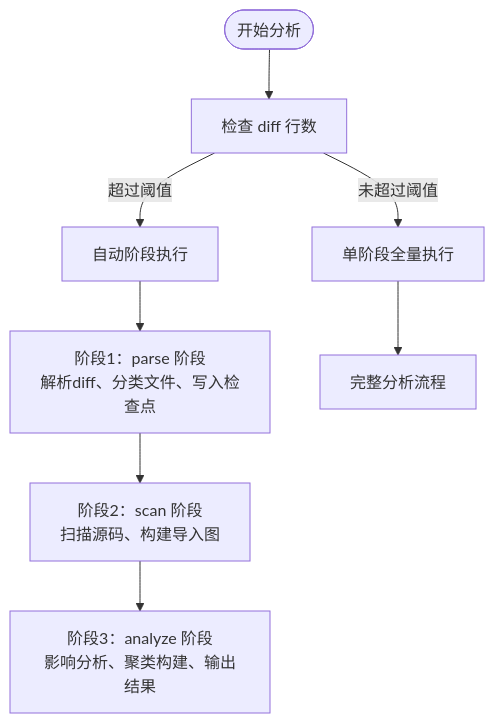
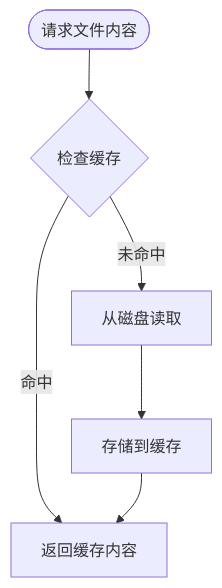
One commit to brand-new-remo/frontend-impact-analyzer changed the fourth of 10 diagrams in .qoder/repowiki/zh/content/高级用法/性能优化.md. Above: the diagram before and after it, drawn with Mermaid. The commit also changed other lines of this file and 9 other files, not shown here.

````diff
--- a/.qoder/repowiki/zh/content/高级用法/性能优化.md
+++ b/.qoder/repowiki/zh/content/高级用法/性能优化.md
@@ -178,10 +208,8 @@
 ```mermaid
 flowchart TD
-Start(["开始分析"]) --> CheckThreshold["检查 diff 行数"]
-CheckThreshold --> |超过阈值| AutoPhase["自动阶段执行"]
-CheckThreshold --> |未超过阈值| SinglePhase["单阶段全量执行"]
-AutoPhase --> ParsePhase["阶段1：parse 阶段<br/>解析diff、分类文件、写入检查点"]
-ParsePhase --> ScanPhase["阶段2：scan 阶段<br/>扫描源码、构建导入图"]
-ScanPhase --> AnalyzePhase["阶段3：analyze 阶段<br/>影响分析、聚类构建、输出结果"]
-SinglePhase --> FullAnalysis["完整分析流程"]
+CacheStart(["请求文件内容"]) --> CheckCache{"检查缓存"}
+CheckCache --> |命中| ReturnCache["返回缓存内容"]
+CheckCache --> |未命中| ReadDisk["从磁盘读取"]
+ReadDisk --> StoreCache["存储到缓存"]
+StoreCache --> ReturnCache
 ```
````
